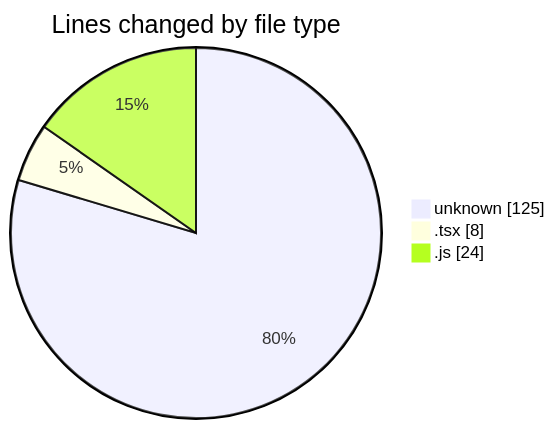
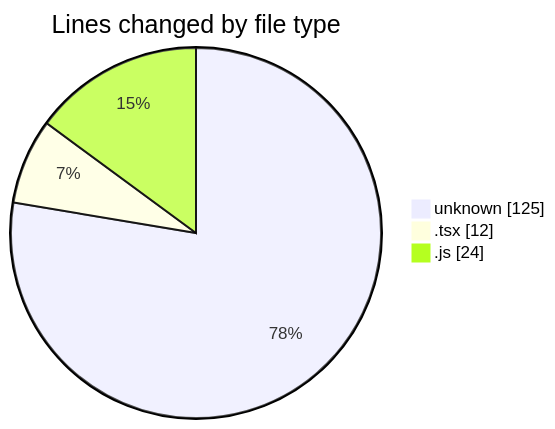
Before and after one commit to momahboobian/code-tracking: the first of 2 diagrams in 2026-09-15/cda/README.md, drawn with Mermaid. The commit also changed other lines of this file and 1 other file, not shown here.

````diff
--- a/2026-09-15/cda/README.md
+++ b/2026-09-15/cda/README.md
@@ -22,7 +23,7 @@
 ```mermaid
 pie showData
 title Lines changed by file type
 "unknown" : 125
-".tsx" : 8
+".tsx" : 12
 ".js" : 24
 ```
````
